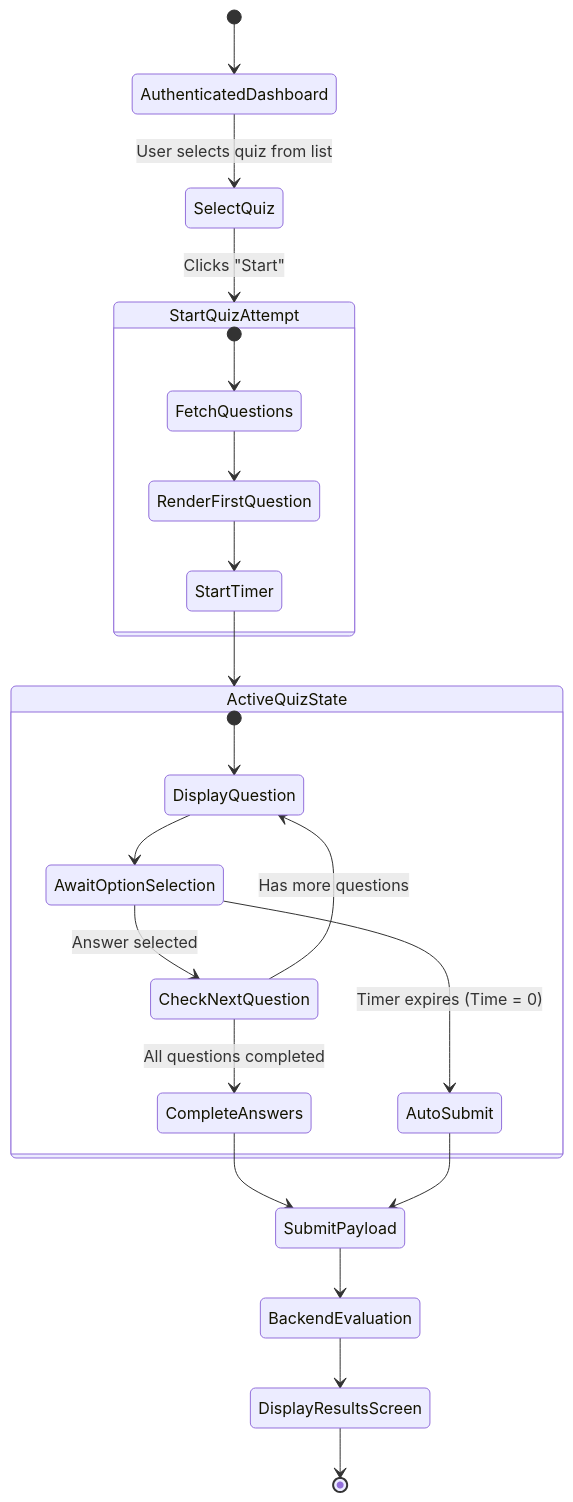
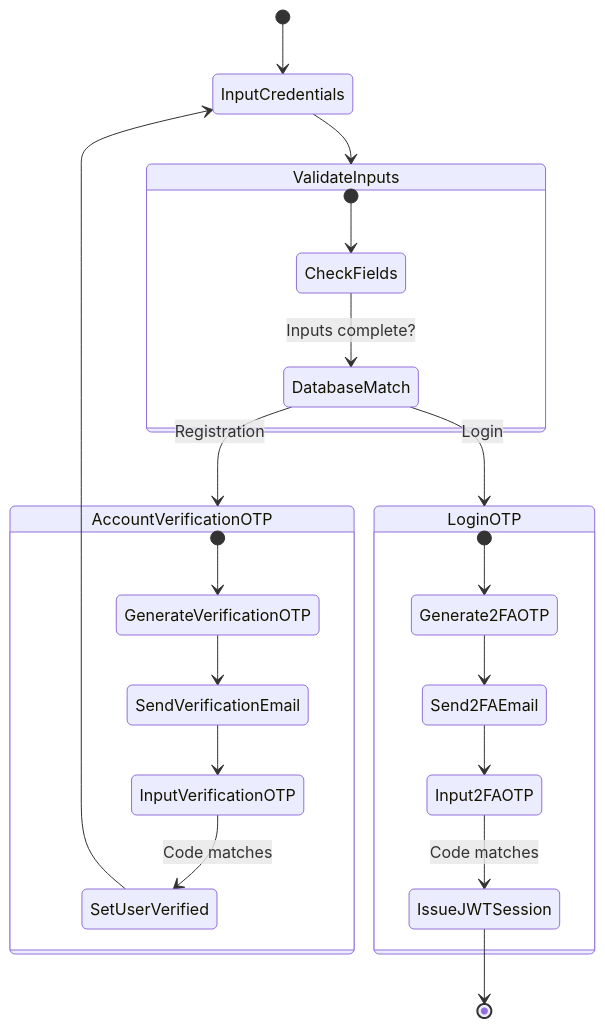
One commit to vidurapriyadarshana/SDGP_CW changed the fifth of 5 diagrams in docs/assignment/individual_report.md. Above: the diagram before and after it, drawn with Mermaid. The commit also changed other lines of this file and 7 other files, not shown here.

````diff
--- a/docs/assignment/individual_report.md
+++ b/docs/assignment/individual_report.md
@@ -483,31 +388,30 @@
 ```mermaid
 stateDiagram-v2
-    [*] --> AuthenticatedDashboard
-    AuthenticatedDashboard --> SelectQuiz : User selects quiz from list
-    SelectQuiz --> StartQuizAttempt : Clicks "Start"
+    [*] --> InputCredentials
+    InputCredentials --> ValidateInputs
     
-    state StartQuizAttempt {
-        [*] --> FetchQuestions
-        FetchQuestions --> RenderFirstQuestion
-        RenderFirstQuestion --> StartTimer
+    state ValidateInputs {
+        [*] --> CheckFields
+        CheckFields --> DatabaseMatch : Inputs complete?
     }
-
-    StartTimer --> ActiveQuizState
     
-    state ActiveQuizState {
-        [*] --> DisplayQuestion
-        DisplayQuestion --> AwaitOptionSelection
-        AwaitOptionSelection --> CheckNextQuestion : Answer selected
-        CheckNextQuestion --> DisplayQuestion : Has more questions
-        CheckNextQuestion --> CompleteAnswers : All questions completed
-        
-        AwaitOptionSelection --> AutoSubmit : Timer expires (Time = 0)
+    DatabaseMatch --> AccountVerificationOTP : Registration
+    DatabaseMatch --> LoginOTP : Login
+    
+    state AccountVerificationOTP {
+        [*] --> GenerateVerificationOTP
+        GenerateVerificationOTP --> SendVerificationEmail
+        SendVerificationEmail --> InputVerificationOTP
+        InputVerificationOTP --> SetUserVerified : Code matches
     }
-
-    CompleteAnswers --> SubmitPayload
-    AutoSubmit --> SubmitPayload
     
-    SubmitPayload --> BackendEvaluation
-    BackendEvaluation --> DisplayResultsScreen
-    DisplayResultsScreen --> [*]
+    state LoginOTP {
+        [*] --> Generate2FAOTP
+        Generate2FAOTP --> Send2FAEmail
+        Send2FAEmail --> Input2FAOTP
+        Input2FAOTP --> IssueJWTSession : Code matches
+    }
+    
+    SetUserVerified --> InputCredentials
+    IssueJWTSession --> [*]
 ```
````
